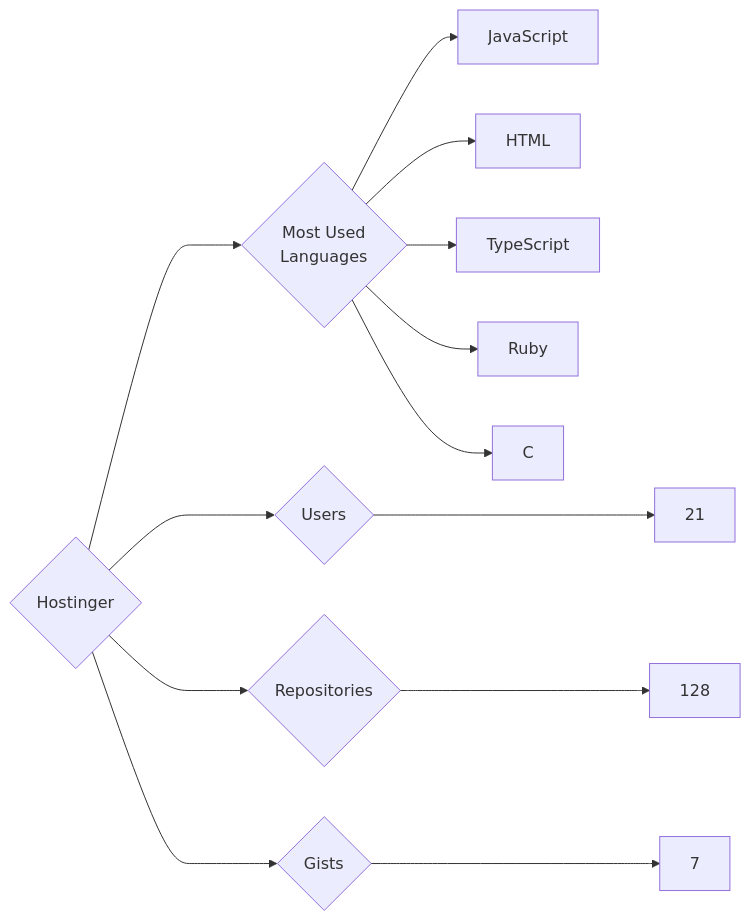
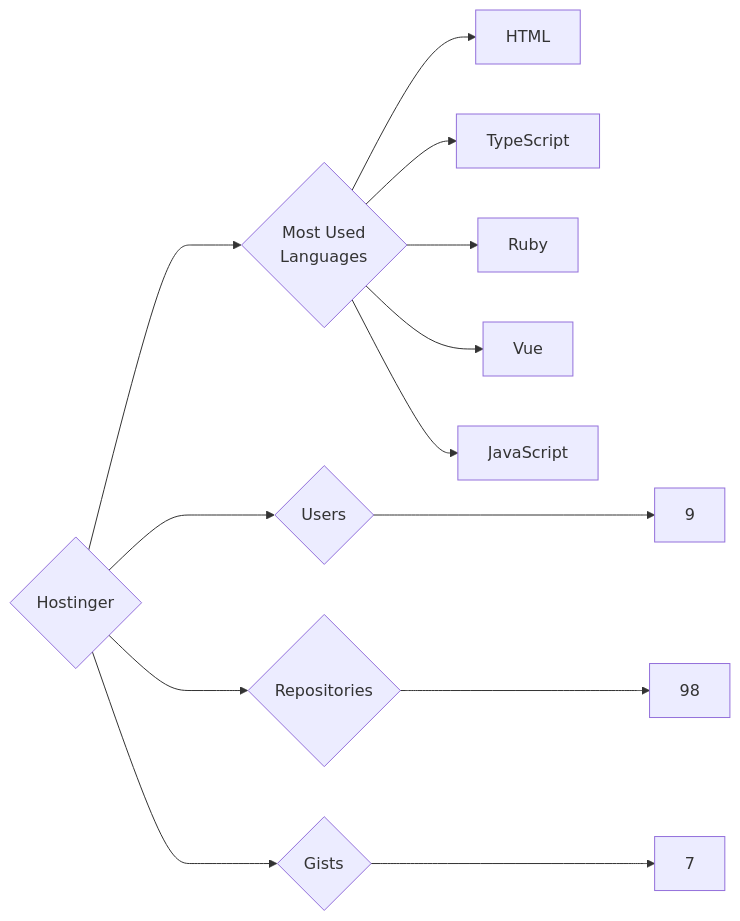
Before and after one commit to trickest/insiders: the diagram in targets/Hostinger/README.md, drawn with Mermaid. The commit also changed 676 other files, not shown here.

````diff
--- a/targets/Hostinger/README.md
+++ b/targets/Hostinger/README.md
@@ -3,13 +3,13 @@
 ```mermaid
 graph LR
 COMPANY_NAME{Hostinger}
-COMPANY_NAME ---> U{Users} ---> UN[21]
-COMPANY_NAME ---> R{Repositories} ---> RN[128]
+COMPANY_NAME ---> U{Users} ---> UN[9]
+COMPANY_NAME ---> R{Repositories} ---> RN[98]
 COMPANY_NAME ---> G{Gists} ---> GN[7]
 COMPANY_NAME ---> ML{Most Used<br>Languages}
-ML --> JavaScript[JavaScript]
 ML --> HTML[HTML]
 ML --> TypeScript[TypeScript]
 ML --> Ruby[Ruby]
-ML --> C[C]
+ML --> Vue[Vue]
+ML --> JavaScript[JavaScript]
 ```
````
